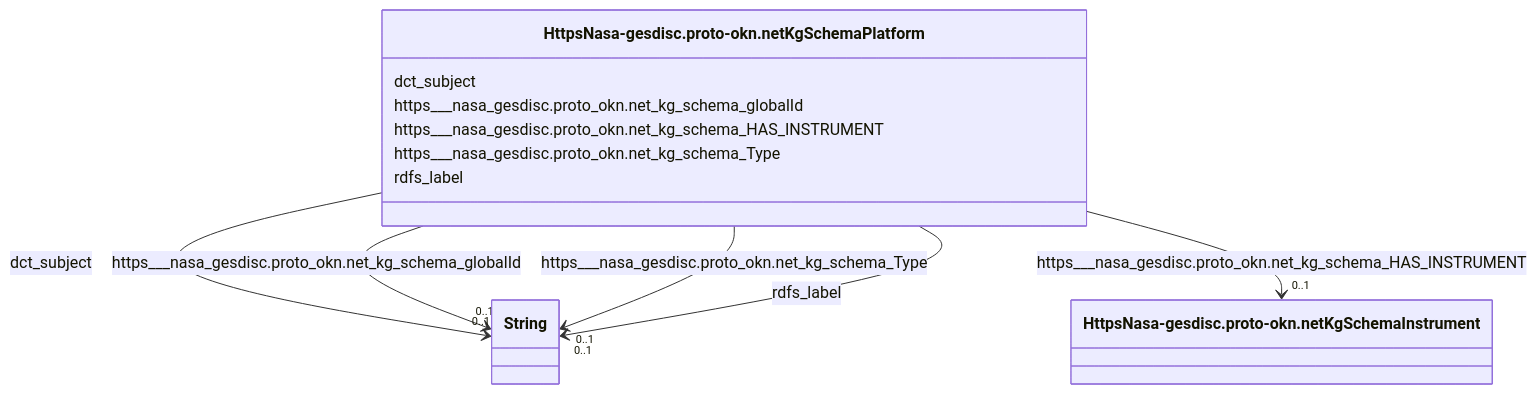
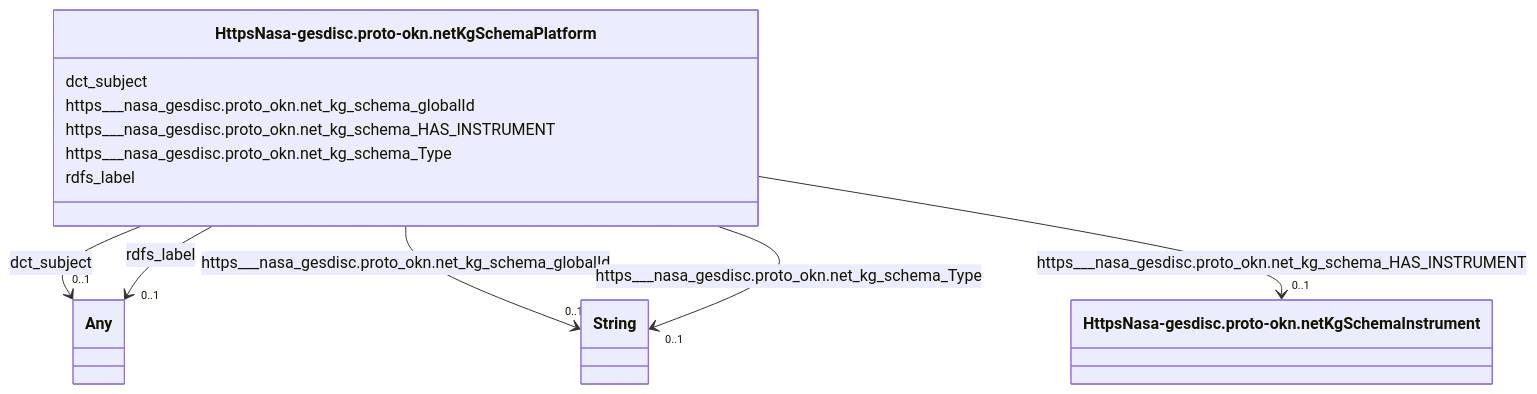
The diagram in nasa-gesdisc/classes/HttpsNasa-gesdisc.proto-okn.netKgSchemaPlatform.md (frink-okn/graph-descriptions), drawn with Mermaid before and after one commit. The commit also changed other lines of this file and 97 other files, not shown here.

Commit message:
Updated documentation for nasa-gesdisc

````diff
--- a/nasa-gesdisc/classes/HttpsNasa-gesdisc.proto-okn.netKgSchemaPlatform.md
+++ b/nasa-gesdisc/classes/HttpsNasa-gesdisc.proto-okn.netKgSchemaPlatform.md
@@ -23,51 +18,51 @@
 ```mermaid
  classDiagram
     class HttpsNasa-gesdisc.proto-okn.netKgSchemaPlatform
     click HttpsNasa-gesdisc.proto-okn.netKgSchemaPlatform href "../HttpsNasa-gesdisc.proto-okn.netKgSchemaPlatform"
       HttpsNasa-gesdisc.proto-okn.netKgSchemaPlatform : dct_subject
         
           
     
     
-    HttpsNasa-gesdisc.proto-okn.netKgSchemaPlatform --> "0..1" String : dct_subject
-    click String href "../String"
+    HttpsNasa-gesdisc.proto-okn.netKgSchemaPlatform --> "0..1" Any : dct_subject
+    click Any href "../Any"
 
         
       HttpsNasa-gesdisc.proto-okn.netKgSchemaPlatform : https___nasa_gesdisc.proto_okn.net_kg_schema_globalId
         
           
     
     
     HttpsNasa-gesdisc.proto-okn.netKgSchemaPlatform --> "0..1" String : https___nasa_gesdisc.proto_okn.net_kg_schema_globalId
     click String href "../String"
 
         
       HttpsNasa-gesdisc.proto-okn.netKgSchemaPlatform : https___nasa_gesdisc.proto_okn.net_kg_schema_HAS_INSTRUMENT
         
           
     
     
     HttpsNasa-gesdisc.proto-okn.netKgSchemaPlatform --> "0..1" HttpsNasa-gesdisc.proto-okn.netKgSchemaInstrument : https___nasa_gesdisc.proto_okn.net_kg_schema_HAS_INSTRUMENT
     click HttpsNasa-gesdisc.proto-okn.netKgSchemaInstrument href "../HttpsNasa-gesdisc.proto-okn.netKgSchemaInstrument"
 
         
       HttpsNasa-gesdisc.proto-okn.netKgSchemaPlatform : https___nasa_gesdisc.proto_okn.net_kg_schema_Type
         
           
     
     
     HttpsNasa-gesdisc.proto-okn.netKgSchemaPlatform --> "0..1" String : https___nasa_gesdisc.proto_okn.net_kg_schema_Type
     click String href "../String"
 
         
       HttpsNasa-gesdisc.proto-okn.netKgSchemaPlatform : rdfs_label
         
           
     
     
-    HttpsNasa-gesdisc.proto-okn.netKgSchemaPlatform --> "0..1" String : rdfs_label
-    click String href "../String"
+    HttpsNasa-gesdisc.proto-okn.netKgSchemaPlatform --> "0..1" Any : rdfs_label
+    click Any href "../Any"
 
         
       
 ```
````
